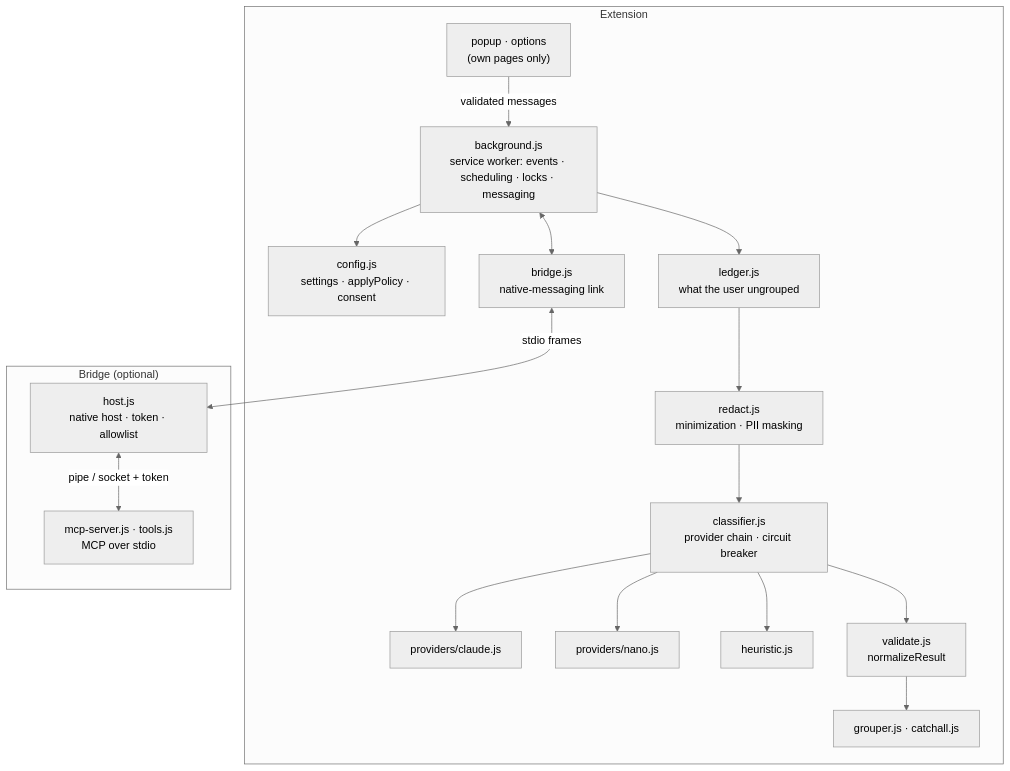
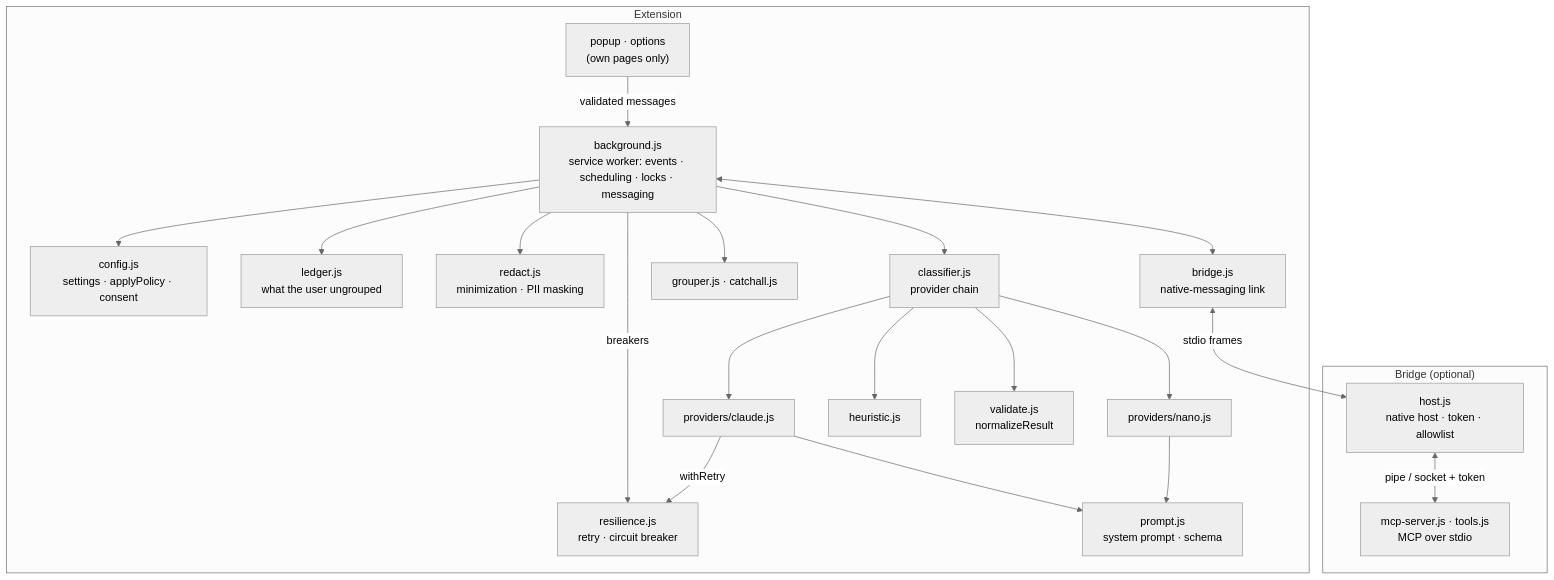
Before and after one commit to andreshma/ai-tab-grouper: the second of 12 diagrams in docs/DIAGRAMS.md, drawn with Mermaid (neutral theme). The commit also changed other lines of this file and 63 other files, not shown here.

````diff
--- a/docs/DIAGRAMS.md
+++ b/docs/DIAGRAMS.md
@@ -36,32 +51,41 @@
 ```mermaid
 flowchart TB
     subgraph ext["Extension"]
+        ui["popup · options<br/>(own pages only)"]
         sw["background.js<br/>service worker: events · scheduling · locks · messaging"]
         cfg["config.js<br/>settings · applyPolicy · consent"]
         ledger["ledger.js<br/>what the user ungrouped"]
         redact["redact.js<br/>minimization · PII masking"]
-        cls["classifier.js<br/>provider chain · circuit breaker"]
+        cls["classifier.js<br/>provider chain"]
+        res["resilience.js<br/>retry · circuit breaker"]
         pc["providers/claude.js"]
         pn["providers/nano.js"]
         ph["heuristic.js"]
+        prm["prompt.js<br/>system prompt · schema"]
         val["validate.js<br/>normalizeResult"]
         grp["grouper.js · catchall.js"]
         link["bridge.js<br/>native-messaging link"]
-        ui["popup · options<br/>(own pages only)"]
     end
     subgraph br["Bridge (optional)"]
         host["host.js<br/>native host · token · allowlist"]
         mcp["mcp-server.js · tools.js<br/>MCP over stdio"]
     end
 
     ui -- "validated messages" --> sw
     sw --> cfg
-    sw --> ledger --> redact --> cls
+    sw --> ledger
+    sw --> redact
+    sw --> cls
+    sw -- "breakers" --> res
+    sw --> grp
     cls --> pc
     cls --> pn
     cls --> ph
-    cls --> val --> grp
+    cls --> val
+    pc --> prm
+    pn --> prm
+    pc -- "withRetry" --> res
     sw <--> link
     link <-- "stdio frames" --> host
     host <-- "pipe / socket + token" --> mcp
 ```
````
